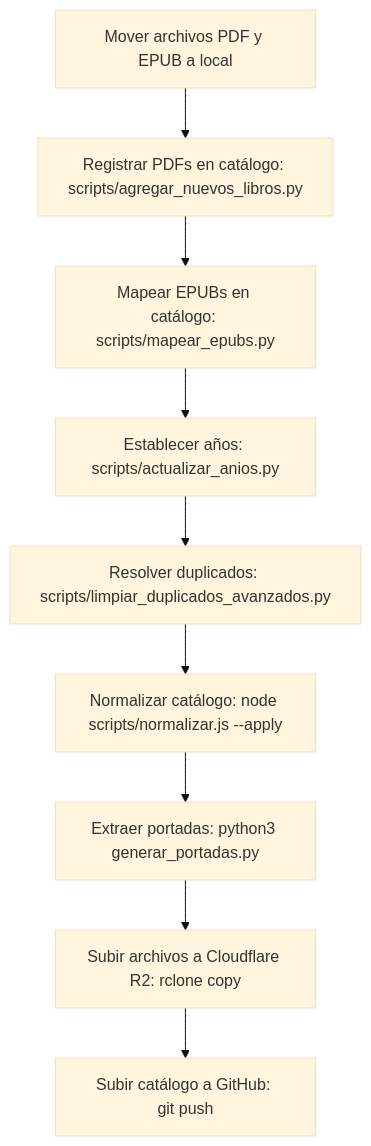
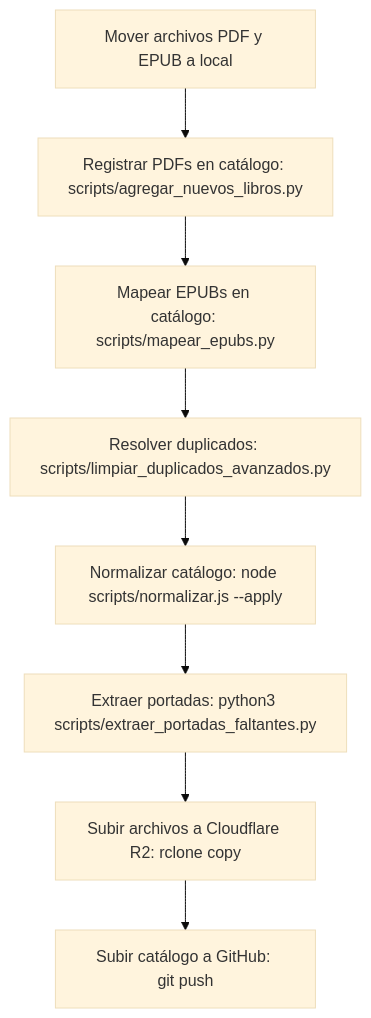
One commit to libros-en-accion/biblioteca-digital changed the diagram in boveda/01 - Guías de Operación/Guía - Agregar Libro.md. Above: the diagram before and after it, drawn with Mermaid (base theme). The commit also changed other lines of this file and 8 other files, not shown here.

````diff
--- a/boveda/01 - Guías de Operación/Guía - Agregar Libro.md
+++ b/boveda/01 - Guías de Operación/Guía - Agregar Libro.md
@@ -25,11 +46,10 @@
 ```mermaid
 graph TD
     A[Mover archivos PDF y EPUB a local] --> B[Registrar PDFs en catálogo: scripts/agregar_nuevos_libros.py]
     B --> C[Mapear EPUBs en catálogo: scripts/mapear_epubs.py]
-    C --> D[Establecer años: scripts/actualizar_anios.py]
-    D --> E[Resolver duplicados: scripts/limpiar_duplicados_avanzados.py]
-    E --> F[Normalizar catálogo: node scripts/normalizar.js --apply]
-    F --> G[Extraer portadas: python3 generar_portadas.py]
-    G --> H[Subir archivos a Cloudflare R2: rclone copy]
-    H --> I[Subir catálogo a GitHub: git push]
+    C --> D[Resolver duplicados: scripts/limpiar_duplicados_avanzados.py]
+    D --> E[Normalizar catálogo: node scripts/normalizar.js --apply]
+    E --> F[Extraer portadas: python3 scripts/extraer_portadas_faltantes.py]
+    F --> G[Subir archivos a Cloudflare R2: rclone copy]
+    G --> H[Subir catálogo a GitHub: git push]
 ```
````
